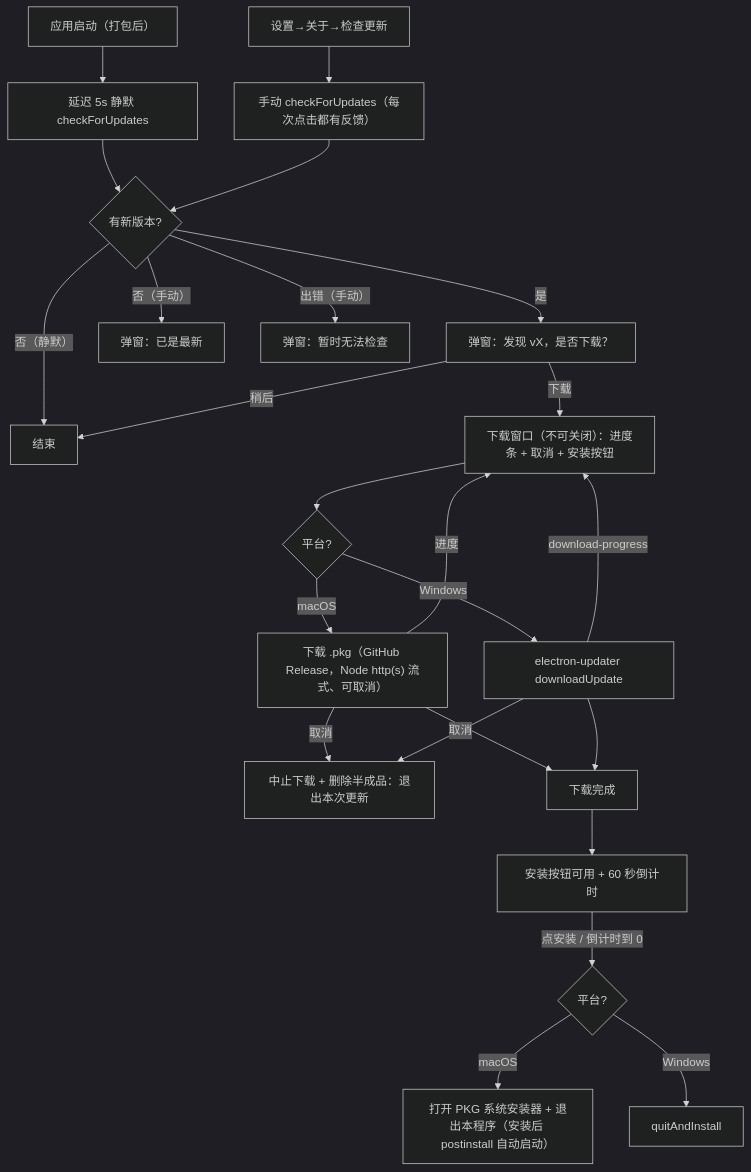
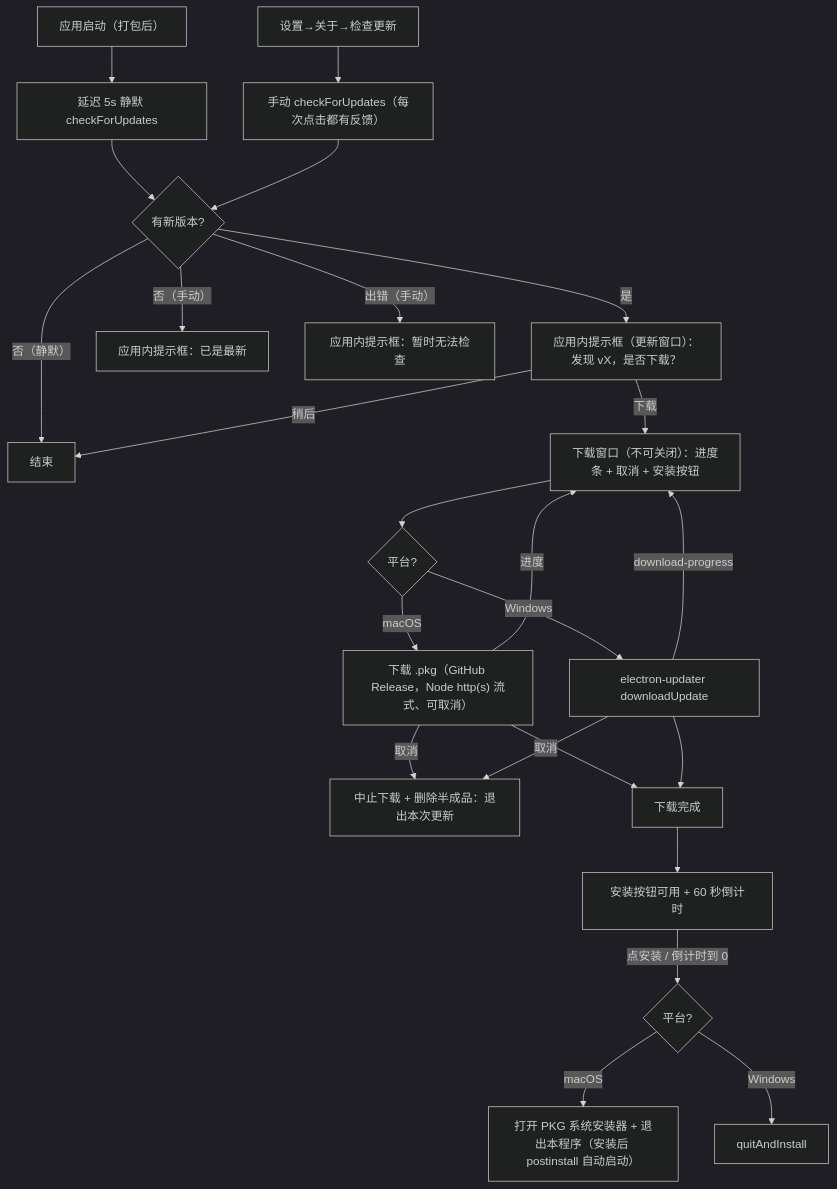
One commit to o8x/ships changed the sixth of 6 diagrams in docs/PRD.md. Above: the diagram before and after it, drawn with Mermaid (dark theme). The commit also changed other lines of this file and 8 other files, not shown here.

````diff
--- a/docs/PRD.md
+++ b/docs/PRD.md
@@ -595,26 +597,26 @@
 ```mermaid
 flowchart TD
   A[应用启动（打包后）] --> B[延迟 5s 静默 checkForUpdates]
   J[设置→关于→检查更新] --> K["手动 checkForUpdates（每次点击都有反馈）"]
   B --> C{有新版本?}
   K --> C
-  C -- 是 --> D["弹窗：发现 vX，是否下载？"]
-  C -- 否（手动） --> N[弹窗：已是最新]
+  C -- 是 --> D["应用内提示框（更新窗口）：发现 vX，是否下载？"]
+  C -- 否（手动） --> N[应用内提示框：已是最新]
   C -- 否（静默） --> Z[结束]
-  C -- 出错（手动） --> E[弹窗：暂时无法检查]
+  C -- 出错（手动） --> E[应用内提示框：暂时无法检查]
   D -- 稍后 --> Z
   D -- 下载 --> W["下载窗口（不可关闭）：进度条 + 取消 + 安装按钮"]
   W --> F{平台?}
   F -- "macOS" --> F1["下载 .pkg（GitHub Release，Node http(s) 流式、可取消）"]
   F -- "Windows" --> F2["electron-updater downloadUpdate"]
   F1 -- 进度 --> W
   F2 -- download-progress --> W
   F1 -- 取消 --> X[中止下载 + 删除半成品：退出本次更新]
   F2 -- 取消 --> X
   F1 --> G[下载完成]
   F2 --> G
   G --> H["安装按钮可用 + 60 秒倒计时"]
   H -- "点安装 / 倒计时到 0" --> I{平台?}
   I -- "macOS" --> I1["打开 PKG 系统安装器 + 退出本程序（安装后 postinstall 自动启动）"]
   I -- "Windows" --> I2[quitAndInstall]
 ```
````
